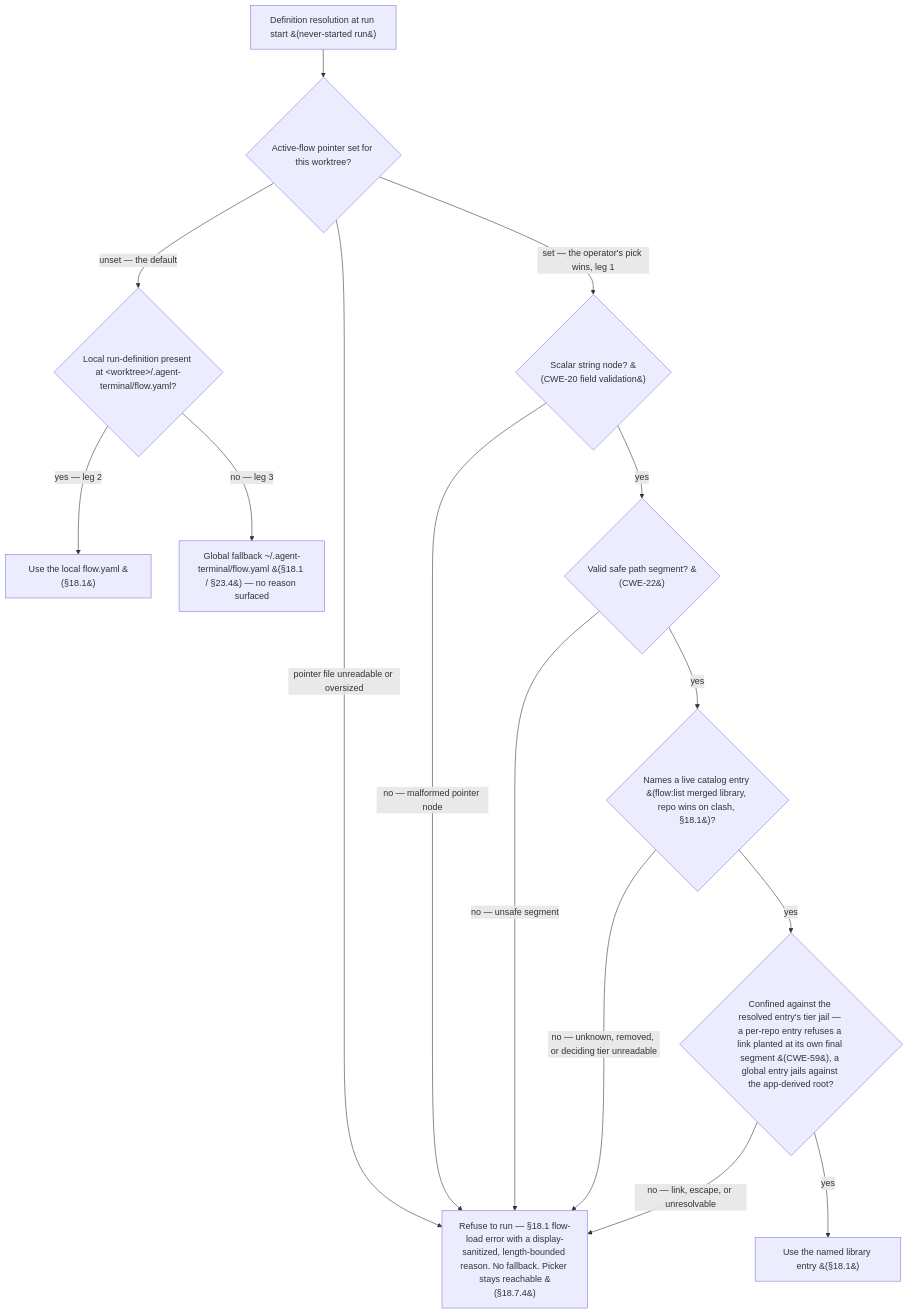
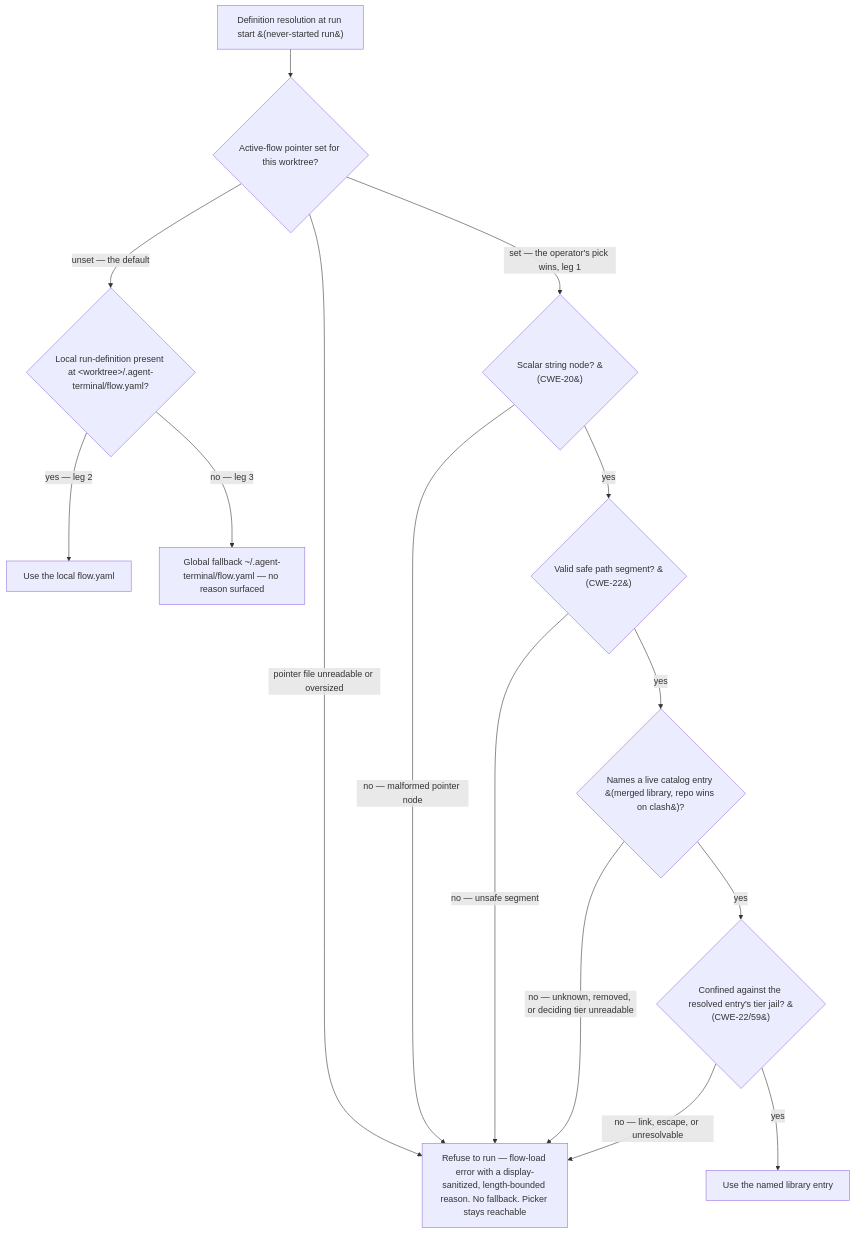
The diagram in docs/spec/18-flow-definitions-flow-yaml.md (dylanb/agent-terminal), drawn with Mermaid before and after one commit. The commit also changed other lines of this file and 165 other files, not shown here.

````diff
--- a/docs/spec/18-flow-definitions-flow-yaml.md
+++ b/docs/spec/18-flow-definitions-flow-yaml.md
@@ -162,17 +73,17 @@
 ```mermaid
 flowchart TD
   ACCESS["Definition resolution at run start &#40;never-started run&#41;"] --> POINTER{"Active-flow pointer set for this worktree?"}
   POINTER -->|"unset — the default"| LOCAL{"Local run-definition present at &lt;worktree&gt;/.agent-terminal/flow.yaml?"}
-  LOCAL -->|"yes — leg 2"| USELOCAL["Use the local flow.yaml &#40;§18.1&#41;"]
-  LOCAL -->|"no — leg 3"| FALLBACK["Global fallback ~/.agent-terminal/flow.yaml &#40;§18.1 / §23.4&#41; — no reason surfaced"]
-  POINTER -->|"pointer file unreadable or oversized"| REFUSE["Refuse to run — §18.1 flow-load error with a display-sanitized, length-bounded reason. No fallback. Picker stays reachable &#40;§18.7.4&#41;"]
-  POINTER -->|"set — the operator's pick wins, leg 1"| SCALAR{"Scalar string node? &#40;CWE-20 field validation&#41;"}
+  LOCAL -->|"yes — leg 2"| USELOCAL["Use the local flow.yaml"]
+  LOCAL -->|"no — leg 3"| FALLBACK["Global fallback ~/.agent-terminal/flow.yaml — no reason surfaced"]
+  POINTER -->|"pointer file unreadable or oversized"| REFUSE["Refuse to run — flow-load error with a display-sanitized, length-bounded reason. No fallback. Picker stays reachable"]
+  POINTER -->|"set — the operator's pick wins, leg 1"| SCALAR{"Scalar string node? &#40;CWE-20&#41;"}
   SCALAR -->|"no — malformed pointer node"| REFUSE
   SCALAR -->|"yes"| SEGMENT{"Valid safe path segment? &#40;CWE-22&#41;"}
   SEGMENT -->|"no — unsafe segment"| REFUSE
-  SEGMENT -->|"yes"| MEMBER{"Names a live catalog entry &#40;flow:list merged library, repo wins on clash, §18.1&#41;?"}
+  SEGMENT -->|"yes"| MEMBER{"Names a live catalog entry &#40;merged library, repo wins on clash&#41;?"}
   MEMBER -->|"no — unknown, removed, or deciding tier unreadable"| REFUSE
-  MEMBER -->|"yes"| CONFINE{"Confined against the resolved entry's tier jail — a per-repo entry refuses a link planted at its own final segment &#40;CWE-59&#41;, a global entry jails against the app-derived root?"}
+  MEMBER -->|"yes"| CONFINE{"Confined against the resolved entry's tier jail? &#40;CWE-22/59&#41;"}
   CONFINE -->|"no — link, escape, or unresolvable"| REFUSE
-  CONFINE -->|"yes"| USECATALOG["Use the named library entry &#40;§18.1&#41;"]
+  CONFINE -->|"yes"| USECATALOG["Use the named library entry"]
 ```
````
